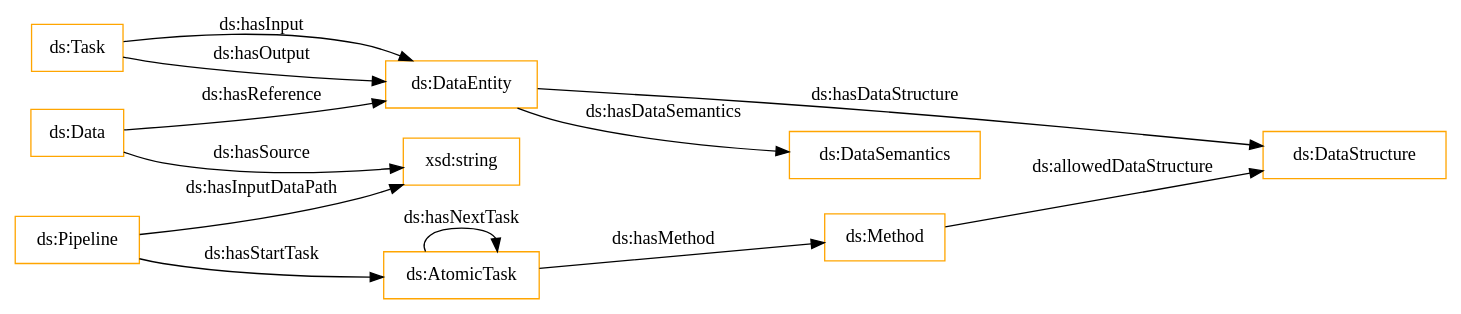
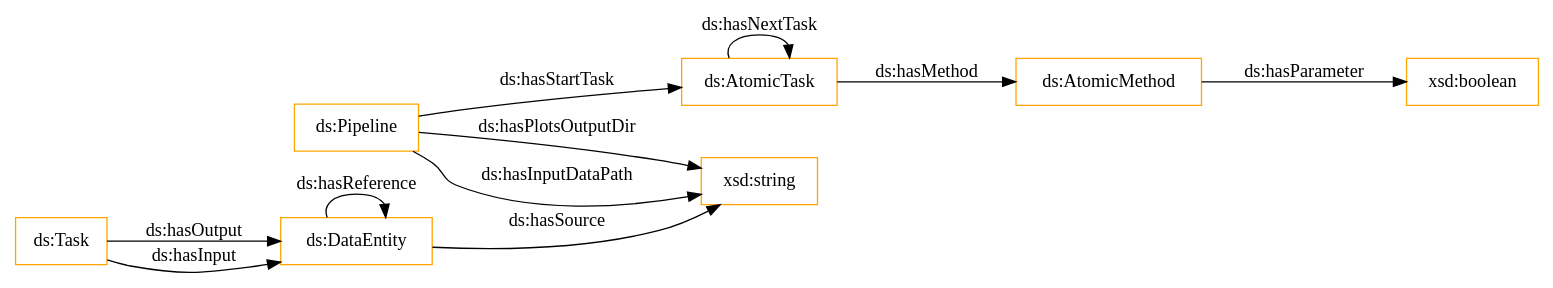
Before and after one commit to nsai-uio/ExeKGOntology: the diagram in OnToology/ds_exeKGOntology.ttl/diagrams/ar2dtool-class/ds_exeKGOntology.ttl.png.dot, drawn with Graphviz. The commit also changed 797 other files, not shown here.

```diff
--- a/OnToology/ds_exeKGOntology.ttl/diagrams/ar2dtool-class/ds_exeKGOntology.ttl.png.dot
+++ b/OnToology/ds_exeKGOntology.ttl/diagrams/ar2dtool-class/ds_exeKGOntology.ttl.png.dot
@@ -1,17 +1,16 @@
 digraph ar2dtool_diagram { 
 rankdir=LR;
 size="1501"
-node [shape = rectangle, color="orange"]; "ds:Data" "ds:Method" "ds:Pipeline" "ds:Task" "ds:DataSemantics" "ds:DataStructure" "ds:AtomicTask" "ds:DataEntity" ; /*classes style*/
-	"ds:DataEntity" -> "ds:DataSemantics" [ label = "ds:hasDataSemantics" ];
-	"ds:Data" -> "ds:DataEntity" [ label = "ds:hasReference" ];
+node [shape = rectangle, color="orange"]; "ds:Pipeline" "ds:Task" "ds:AtomicTask" "ds:DataEntity" "ds:AtomicMethod" ; /*classes style*/
+	"ds:DataEntity" -> "ds:DataEntity" [ label = "ds:hasReference" ];
+	"ds:Pipeline" -> "xsd:string" [ label = "ds:hasPlotsOutputDir" ];
 	"ds:Task" -> "ds:DataEntity" [ label = "ds:hasOutput" ];
-	"ds:Data" -> "xsd:string" [ label = "ds:hasSource" ];
-	"ds:AtomicTask" -> "ds:Method" [ label = "ds:hasMethod" ];
+	"ds:DataEntity" -> "xsd:string" [ label = "ds:hasSource" ];
+	"ds:AtomicTask" -> "ds:AtomicMethod" [ label = "ds:hasMethod" ];
 	"ds:Task" -> "ds:DataEntity" [ label = "ds:hasInput" ];
-	"ds:Method" -> "ds:DataStructure" [ label = "ds:allowedDataStructure" ];
+	"ds:AtomicMethod" -> "xsd:boolean" [ label = "ds:hasParameter" ];
 	"ds:Pipeline" -> "xsd:string" [ label = "ds:hasInputDataPath" ];
 	"ds:AtomicTask" -> "ds:AtomicTask" [ label = "ds:hasNextTask" ];
-	"ds:DataEntity" -> "ds:DataStructure" [ label = "ds:hasDataStructure" ];
 	"ds:Pipeline" -> "ds:AtomicTask" [ label = "ds:hasStartTask" ];
 
 }
```
